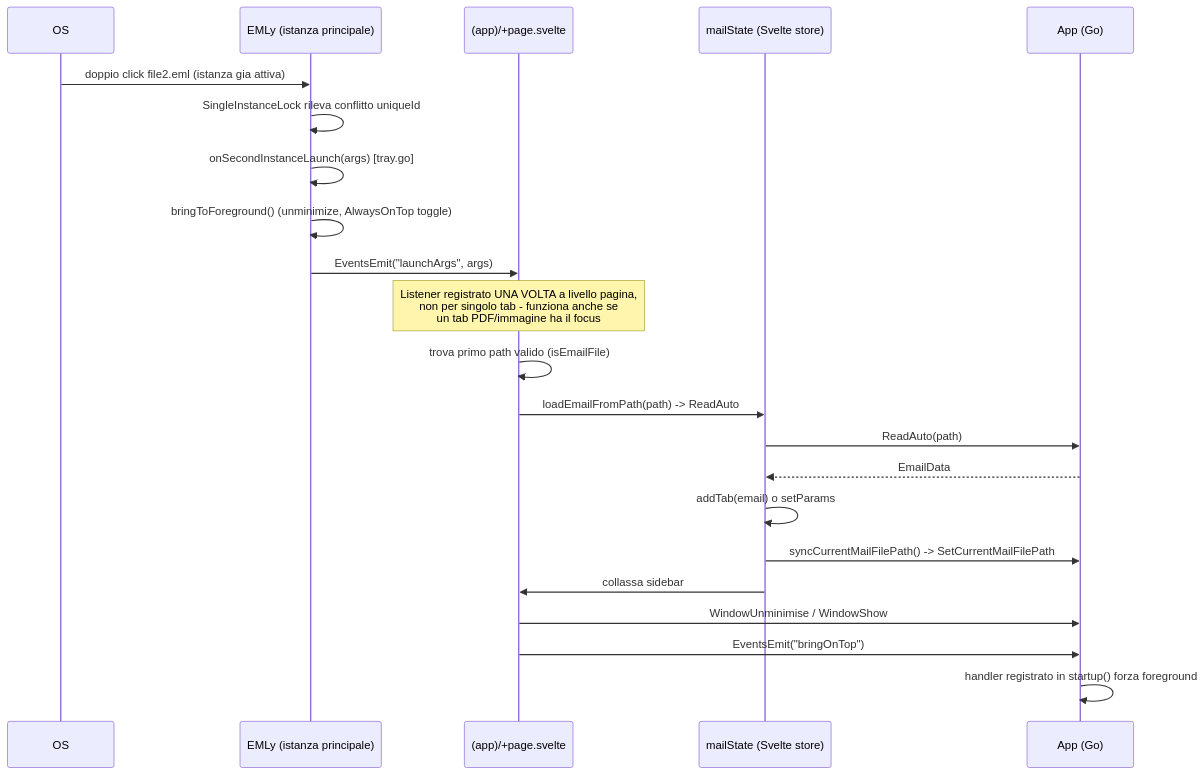
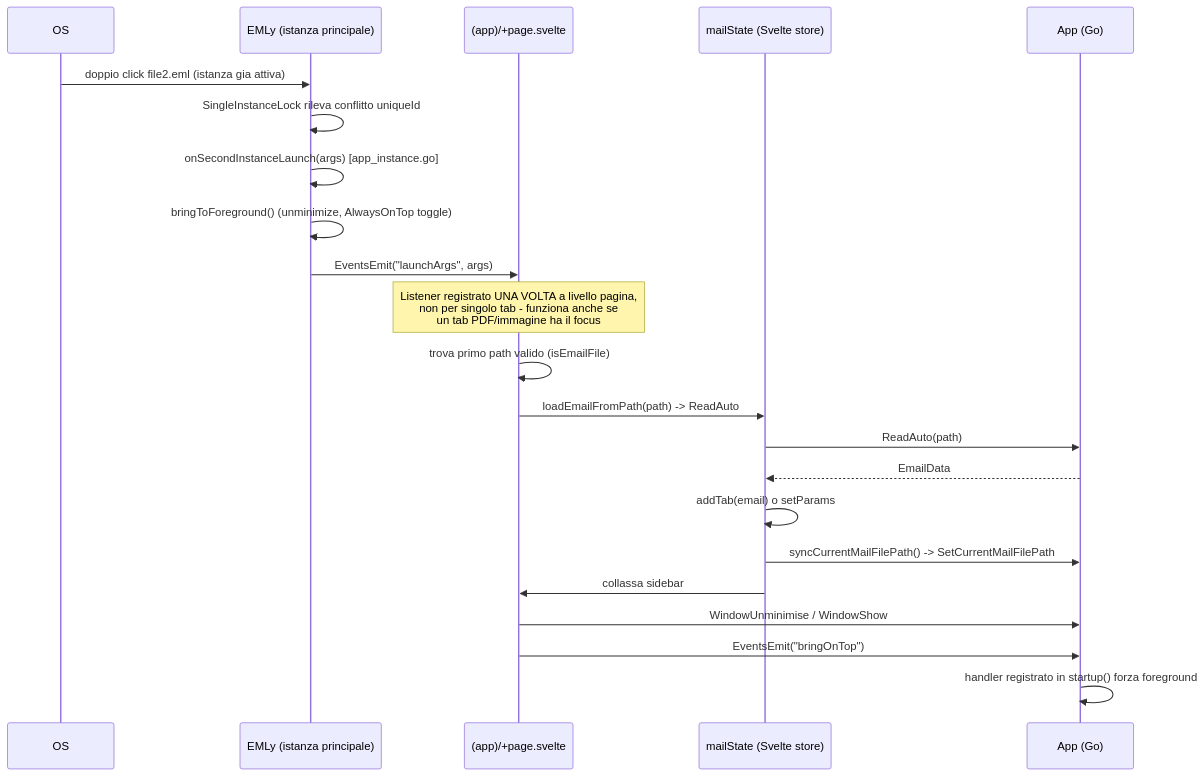
The sixth of 6 diagrams in docs/mail-flow-schema.md (EMLy-mail/emly-app), drawn with Mermaid before and after one commit. The commit also changed other lines of this file and 14 other files, not shown here.

````diff
--- a/docs/mail-flow-schema.md
+++ b/docs/mail-flow-schema.md
@@ -191,25 +187,25 @@
 ```mermaid
 sequenceDiagram
     participant OS
     participant MainProc as EMLy (istanza principale)
     participant Page as (app)/+page.svelte
     participant MailState as mailState (Svelte store)
     participant GoApp as App (Go)
 
     OS->>MainProc: doppio click file2.eml (istanza gia attiva)
     MainProc->>MainProc: SingleInstanceLock rileva conflitto uniqueId
-    MainProc->>MainProc: onSecondInstanceLaunch(args) [tray.go]
+    MainProc->>MainProc: onSecondInstanceLaunch(args) [app_instance.go]
     MainProc->>MainProc: bringToForeground() (unminimize, AlwaysOnTop toggle)
     MainProc->>Page: EventsEmit("launchArgs", args)
     Note over Page: Listener registrato UNA VOLTA a livello pagina,<br/>non per singolo tab - funziona anche se<br/>un tab PDF/immagine ha il focus
     Page->>Page: trova primo path valido (isEmailFile)
     Page->>MailState: loadEmailFromPath(path) -> ReadAuto
     MailState->>GoApp: ReadAuto(path)
     GoApp-->>MailState: EmailData
     MailState->>MailState: addTab(email) o setParams
     MailState->>GoApp: syncCurrentMailFilePath() -> SetCurrentMailFilePath
     MailState->>Page: collassa sidebar
     Page->>GoApp: WindowUnminimise / WindowShow
     Page->>GoApp: EventsEmit("bringOnTop")
     GoApp->>GoApp: handler registrato in startup() forza foreground
 ```
````
